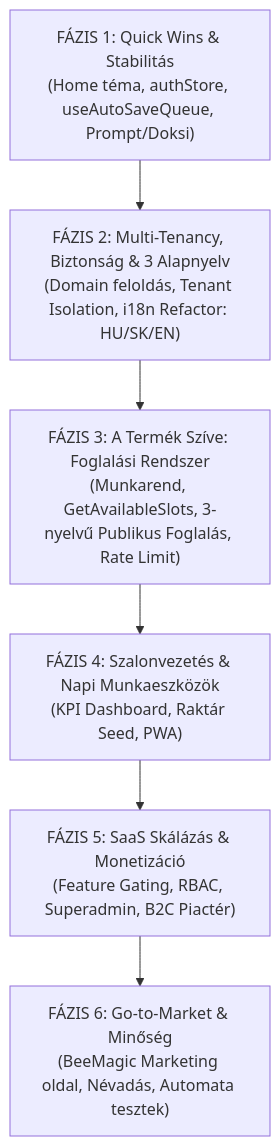
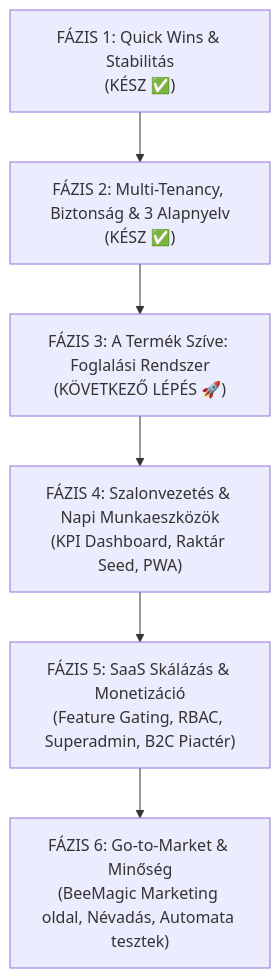
The first of 2 diagrams in Soluvion/DevDoc/05_Master_Roadmap.md (tsvandra/skanisalon), drawn with Mermaid before and after one commit. The commit also changed other lines of this file and 6 other files, not shown here.

````diff
--- a/Soluvion/DevDoc/05_Master_Roadmap.md
+++ b/Soluvion/DevDoc/05_Master_Roadmap.md
@@ -10,8 +10,8 @@
 ```mermaid
 flowchart TD
-    P1["FÁZIS 1: Quick Wins & Stabilitás<br/>(Home téma, authStore, useAutoSaveQueue, Prompt/Doksi)"] --> P2["FÁZIS 2: Multi-Tenancy, Biztonság & 3 Alapnyelv<br/>(Domain feloldás, Tenant Isolation, i18n Refactor: HU/SK/EN)"]
-    P2 --> P3["FÁZIS 3: A Termék Szíve: Foglalási Rendszer<br/>(Munkarend, GetAvailableSlots, 3-nyelvű Publikus Foglalás, Rate Limit)"]
+    P1["FÁZIS 1: Quick Wins & Stabilitás<br/>(KÉSZ ✅)"] --> P2["FÁZIS 2: Multi-Tenancy, Biztonság & 3 Alapnyelv<br/>(KÉSZ ✅)"]
+    P2 --> P3["FÁZIS 3: A Termék Szíve: Foglalási Rendszer<br/>(KÖVETKEZŐ LÉPÉS 🚀)"]
     P3 --> P4["FÁZIS 4: Szalonvezetés & Napi Munkaeszközök<br/>(KPI Dashboard, Raktár Seed, PWA)"]
     P4 --> P5["FÁZIS 5: SaaS Skálázás & Monetizáció<br/>(Feature Gating, RBAC, Superadmin, B2C Piactér)"]
     P5 --> P6["FÁZIS 6: Go-to-Market & Minőség<br/>(BeeMagic Marketing oldal, Névadás, Automata tesztek)"]
 ```
````
